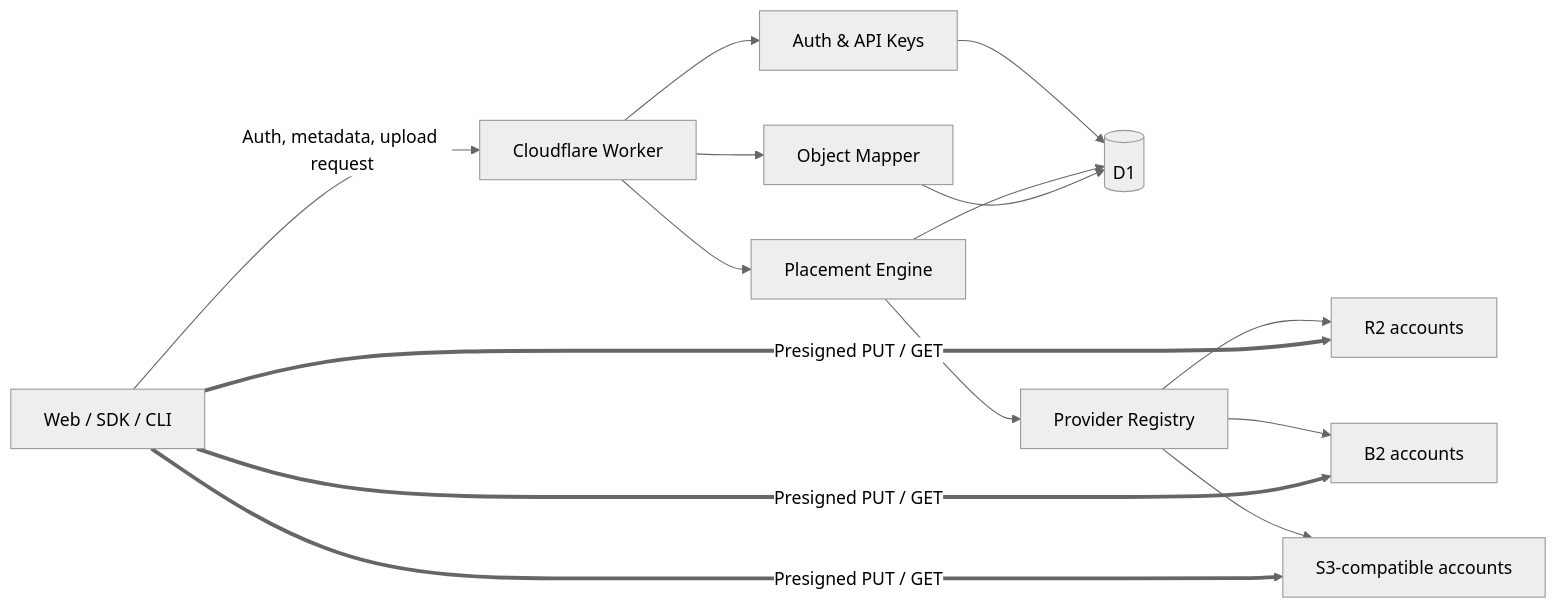
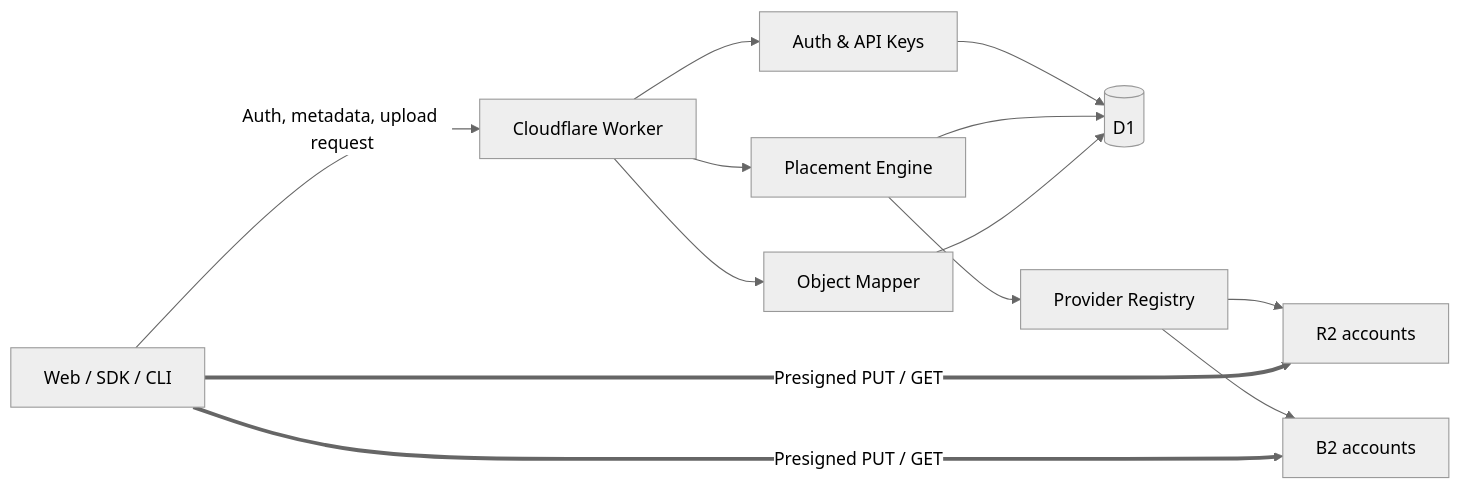
The first of 2 diagrams in docs/architecture/overview.md (alwynou/openpool), drawn with Mermaid (neutral theme) before and after one commit. The commit also changed other lines of this file and 22 other files, not shown here.

````diff
--- a/docs/architecture/overview.md
+++ b/docs/architecture/overview.md
@@ -6,17 +6,15 @@
 ```mermaid
 flowchart LR
   Client[Web / SDK / CLI] -->|Auth, metadata, upload request| Worker[Cloudflare Worker]
   Worker --> Auth[Auth & API Keys]
   Worker --> Placement[Placement Engine]
   Worker --> Mapping[Object Mapper]
   Auth --> D1[(D1)]
   Placement --> D1
   Mapping --> D1
   Placement --> Registry[Provider Registry]
   Registry --> R2[R2 accounts]
   Registry --> B2[B2 accounts]
-  Registry --> S3[S3-compatible accounts]
   Client ==>|Presigned PUT / GET| R2
   Client ==>|Presigned PUT / GET| B2
-  Client ==>|Presigned PUT / GET| S3
 ```
````
